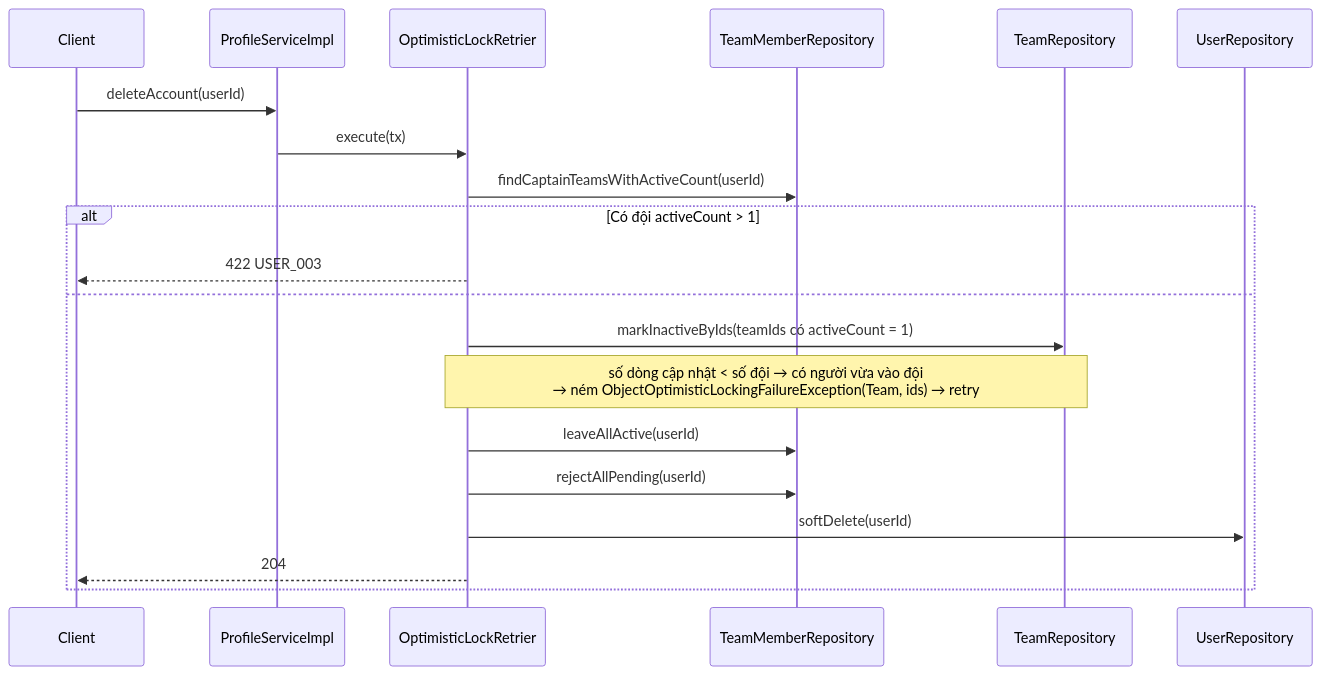
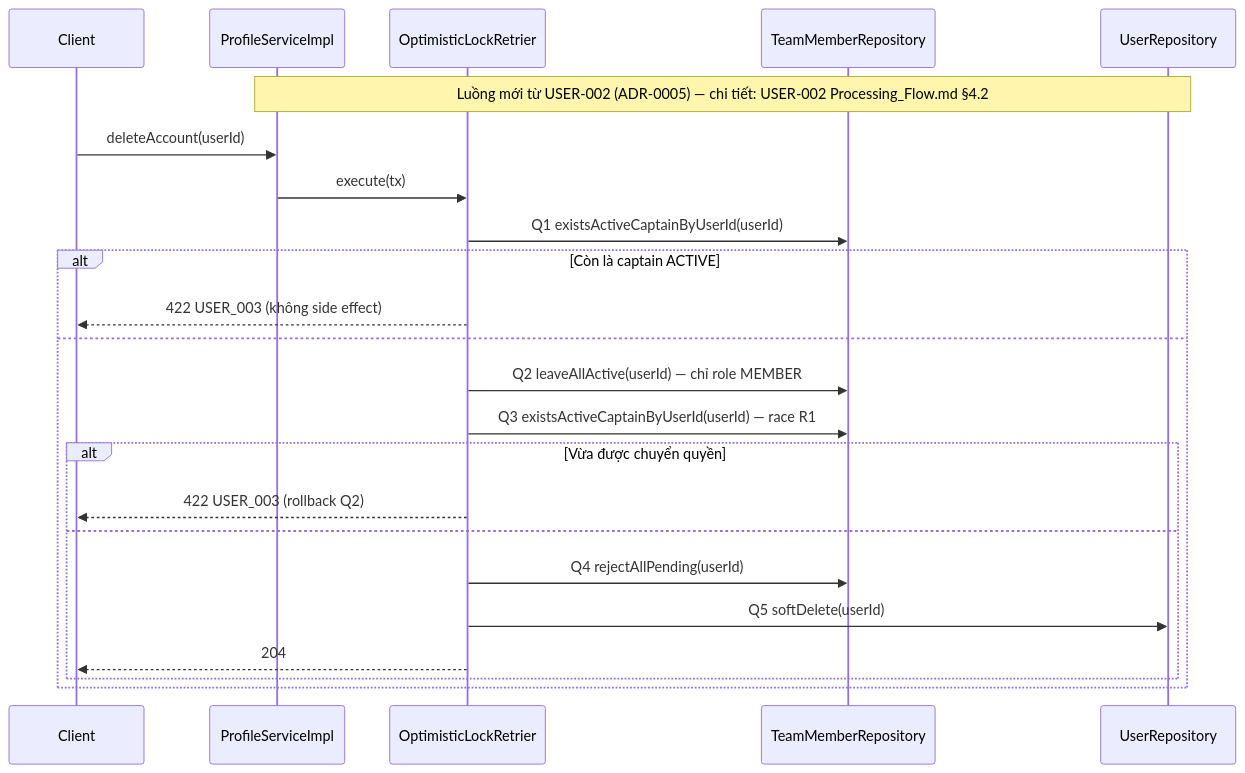
The second of 3 diagrams in docs/agent/design/USER-001/Processing_Flow.md (phananh2005/ArenaFlow-be), drawn with Mermaid before and after one commit. The commit also changed other lines of this file and 10 other files, not shown here.

````diff
--- a/docs/agent/design/USER-001/Processing_Flow.md
+++ b/docs/agent/design/USER-001/Processing_Flow.md
@@ -69,23 +69,26 @@
 ```mermaid
 sequenceDiagram
     participant C as Client
     participant PS as ProfileServiceImpl
     participant RT as OptimisticLockRetrier
     participant TMR as TeamMemberRepository
-    participant TR as TeamRepository
     participant UR as UserRepository
 
+    Note over PS,UR: Luồng mới từ USER-002 (ADR-0005) — chi tiết: USER-002 Processing_Flow.md §4.2
     C->>PS: deleteAccount(userId)
     PS->>RT: execute(tx)
-    RT->>TMR: findCaptainTeamsWithActiveCount(userId)
-    alt Có đội activeCount > 1
-        RT-->>C: 422 USER_003
+    RT->>TMR: Q1 existsActiveCaptainByUserId(userId)
+    alt Còn là captain ACTIVE
+        RT-->>C: 422 USER_003 (không side effect)
     else
-        RT->>TR: markInactiveByIds(teamIds có activeCount = 1)
-        Note over RT,TR: số dòng cập nhật < số đội → có người vừa vào đội<br/>→ ném ObjectOptimisticLockingFailureException(Team, ids) → retry
-        RT->>TMR: leaveAllActive(userId)
-        RT->>TMR: rejectAllPending(userId)
-        RT->>UR: softDelete(userId)
-        RT-->>C: 204
+        RT->>TMR: Q2 leaveAllActive(userId) — chỉ role MEMBER
+        RT->>TMR: Q3 existsActiveCaptainByUserId(userId) — race R1
+        alt Vừa được chuyển quyền
+            RT-->>C: 422 USER_003 (rollback Q2)
+        else
+            RT->>TMR: Q4 rejectAllPending(userId)
+            RT->>UR: Q5 softDelete(userId)
+            RT-->>C: 204
+        end
     end
 ```
````
